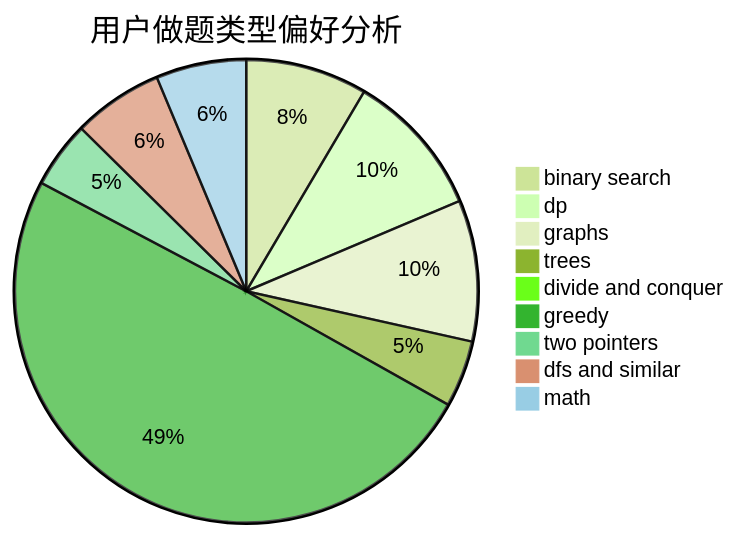
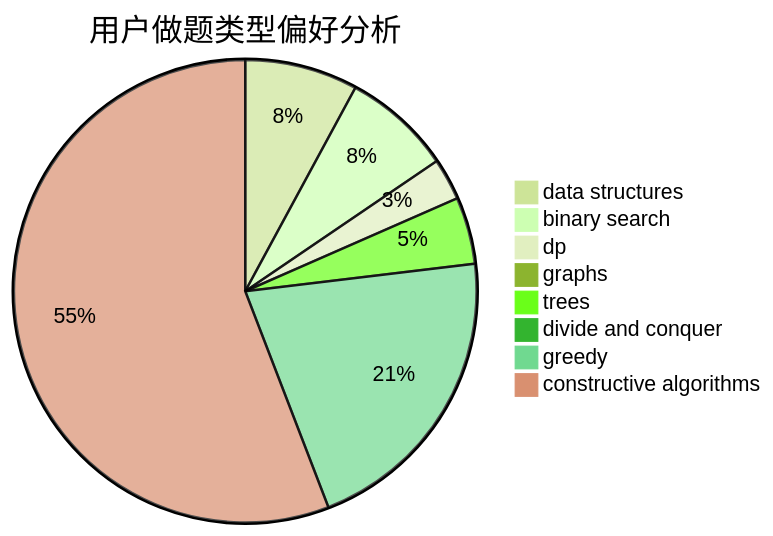
Before and after one commit to sherpahu/cfrs.github.io: the second of 3 diagrams in docs/user/u762.md, drawn with Mermaid (forest theme). The commit also changed other lines of this file and 2775 other files, not shown here.

````diff
--- a/docs/user/u762.md
+++ b/docs/user/u762.md
@@ -23,12 +23,11 @@
 ```mermaid
 pie title 用户做题类型偏好分析
-    "binary search" :  31
-    "dp" :  37
-    "graphs" :  36
-    "trees" :  17
-    "divide and conquer" :  3
-    "greedy" :  181
-    "two pointers" :  17
-    "dfs and similar" :  23
-    "math" :  23
+    "data structures" :  27
+    "binary search" :  26
+    "dp" :  10
+    "graphs" :  3
+    "trees" :  16
+    "divide and conquer" :  1
+    "greedy" :  72
+    "constructive algorithms" :  191
 ```
````
